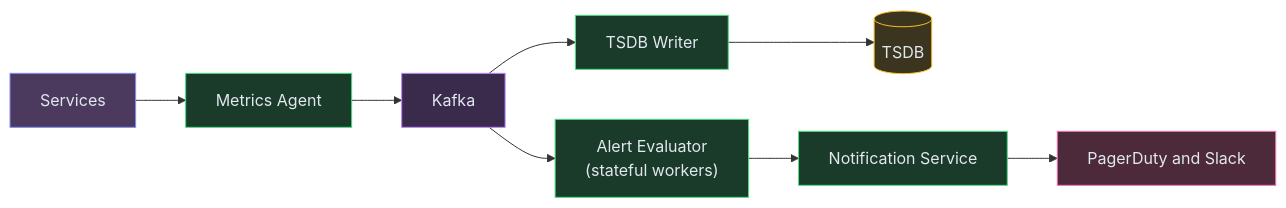
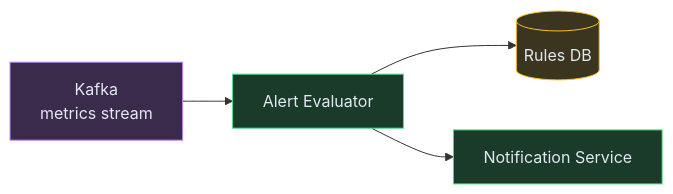
Before and after one commit to iluzn/HLD-Designs: the fourth of 4 diagrams in content/hld/MetricsMonitoring.md, drawn with Mermaid. The commit also changed other lines of this file and 8 other files, not shown here.

````diff
--- a/content/hld/MetricsMonitoring.md
+++ b/content/hld/MetricsMonitoring.md
@@ -261,25 +144,15 @@
 ```mermaid
 flowchart LR
-    APPS["Services"]:::client
-    AGENT["Metrics Agent"]:::service
-    KAFKA["Kafka"]:::async
-    WRITER["TSDB Writer"]:::service
-    TSDB[("TSDB")]:::data
-    ALERT["Alert Evaluator<br/>(stateful workers)"]:::service
+    KAFKA["Kafka<br/>metrics stream"]:::async
+    EVAL["Alert Evaluator"]:::service
+    RULES[("Rules DB")]:::data
     NOTIFY["Notification Service"]:::service
-    PD["PagerDuty and Slack"]:::external
 
-    APPS --> AGENT
-    AGENT --> KAFKA
-    KAFKA --> WRITER
-    WRITER --> TSDB
-    KAFKA --> ALERT
-    ALERT --> NOTIFY
-    NOTIFY --> PD
+    KAFKA --> EVAL
+    EVAL --> RULES
+    EVAL --> NOTIFY
 
-    classDef client fill:#4c3a5e,stroke:#818cf8,color:#e2e8f0
     classDef service fill:#1a3a2a,stroke:#4ade80,color:#e2e8f0
     classDef data fill:#3b3520,stroke:#fbbf24,color:#e2e8f0
     classDef async fill:#3a2a4c,stroke:#c084fc,color:#e2e8f0
-    classDef external fill:#4c2a3a,stroke:#f472b6,color:#e2e8f0
 ```
````
